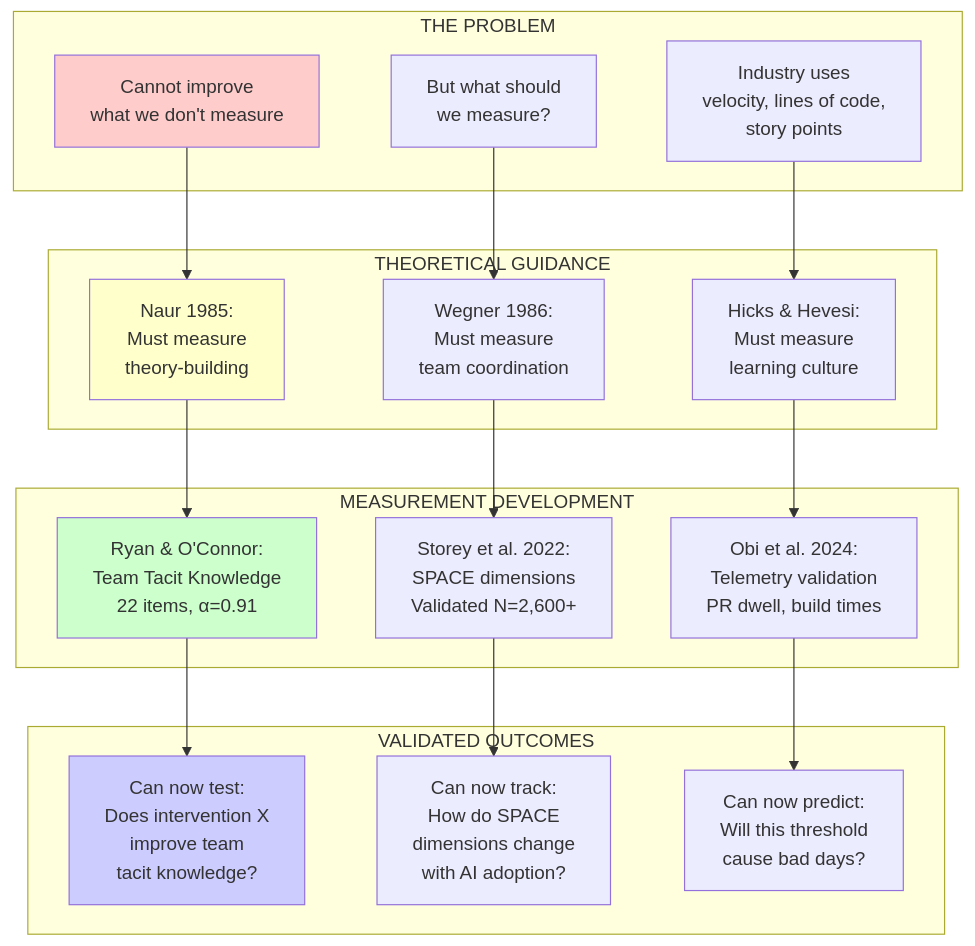
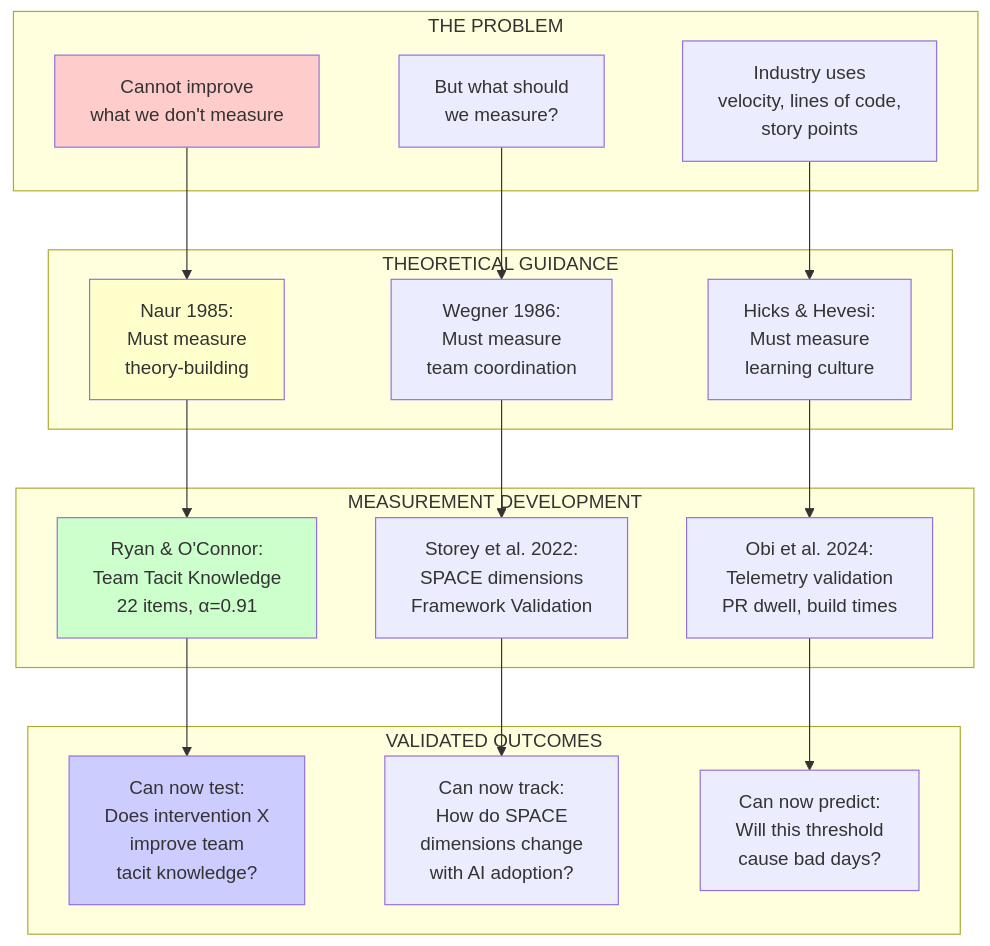
One commit to CdrBlair/project-2501 changed the seventh of 10 diagrams in concepts/integration_framework-architecture.md. Above: the diagram before and after it, drawn with Mermaid. The commit also changed other lines of this file and 2 other files, not shown here.

````diff
--- a/concepts/integration_framework-architecture.md
+++ b/concepts/integration_framework-architecture.md
@@ -696,43 +696,43 @@
 ```mermaid
 flowchart TD
     subgraph "THE PROBLEM"
         P1[Cannot improve<br/>what we don't measure]
         P2[But what should<br/>we measure?]
         P3[Industry uses<br/>velocity, lines of code,<br/>story points]
     end
     
     subgraph "THEORETICAL GUIDANCE"
         T1[Naur 1985:<br/>Must measure<br/>theory-building]
         T2[Wegner 1986:<br/>Must measure<br/>team coordination]
         T3[Hicks & Hevesi:<br/>Must measure<br/>learning culture]
     end
     
     subgraph "MEASUREMENT DEVELOPMENT"
         M1[Ryan & O'Connor:<br/>Team Tacit Knowledge<br/>22 items, α=0.91]
-        M2[Storey et al. 2022:<br/>SPACE dimensions<br/>Validated N=2,600+]
+        M2[Storey et al. 2022:<br/>SPACE dimensions<br/>Framework Validation]
         M3[Obi et al. 2024:<br/>Telemetry validation<br/>PR dwell, build times]
     end
     
     subgraph "VALIDATED OUTCOMES"
         O1[Can now test:<br/>Does intervention X<br/>improve team<br/>tacit knowledge?]
         O2[Can now track:<br/>How do SPACE<br/>dimensions change<br/>with AI adoption?]
         O3[Can now predict:<br/>Will this threshold<br/>cause bad days?]
     end
     
     P1 --> T1
     P2 --> T2
     P3 --> T3
     
     T1 --> M1
     T2 --> M2
     T3 --> M3
     
     M1 --> O1
     M2 --> O2
     M3 --> O3
     
     style P1 fill:#ffcccc
     style T1 fill:#ffffcc
     style M1 fill:#ccffcc
     style O1 fill:#ccccff
 ```
````
